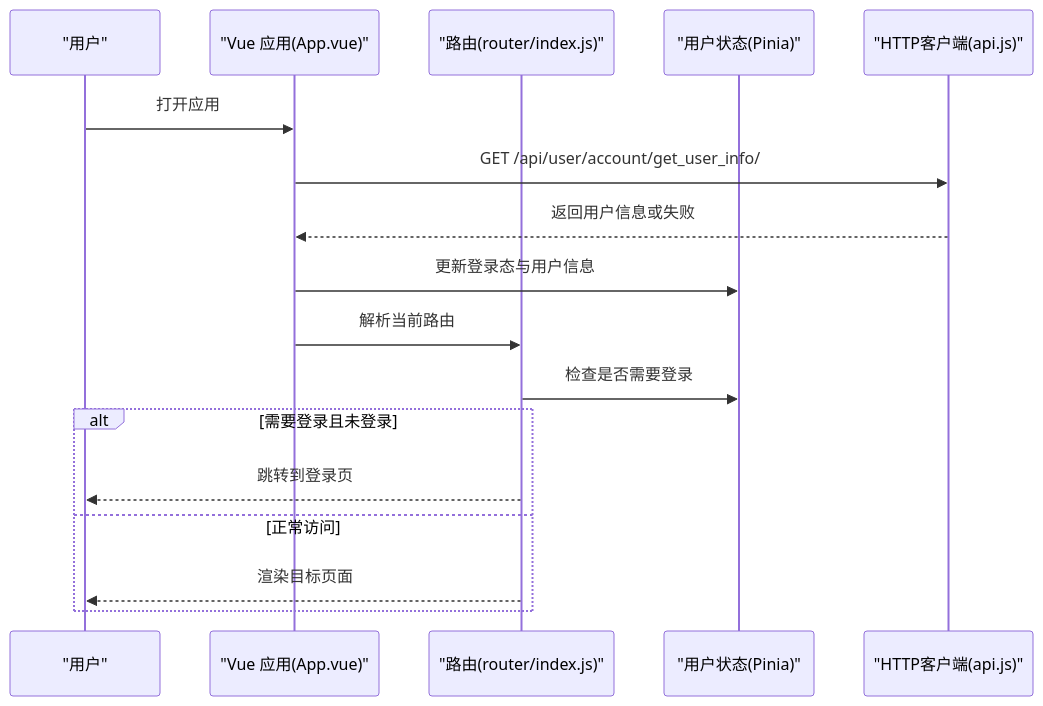
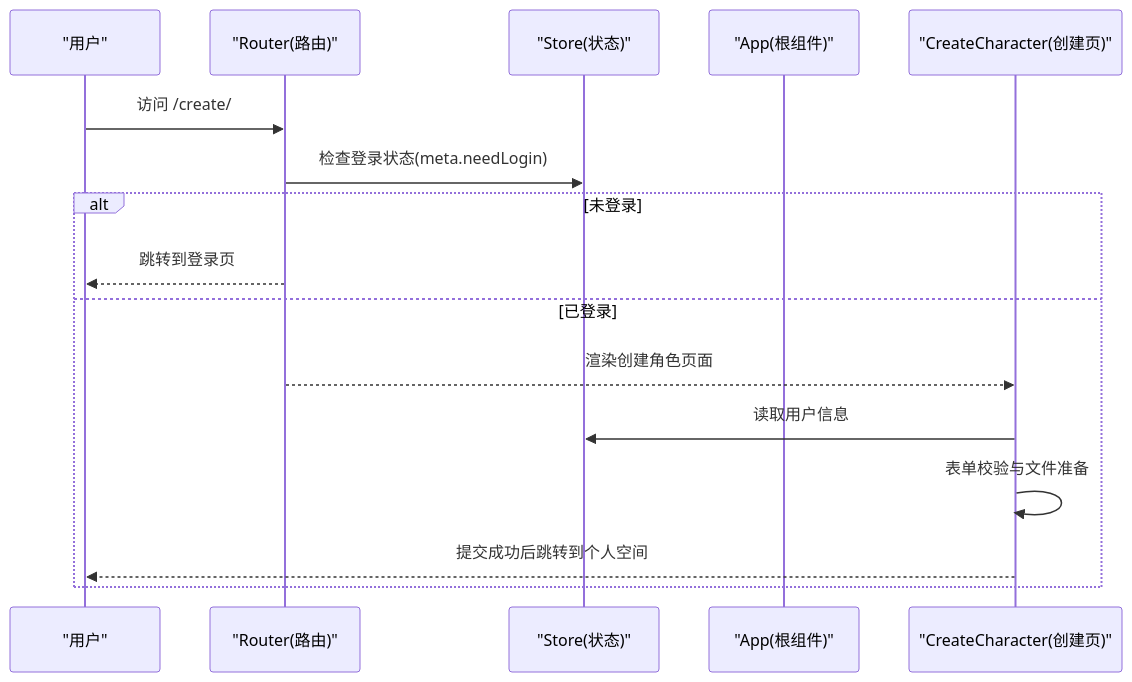
Before and after one commit to Blaipchi/LLM_AIfriends: the third of 7 diagrams in .qoder/repowiki/zh/content/项目概述.md, drawn with Mermaid. The commit also changed other lines of this file and 89 other files, not shown here.

````diff
--- a/.qoder/repowiki/zh/content/项目概述.md
+++ b/.qoder/repowiki/zh/content/项目概述.md
@@ -143,19 +192,18 @@
 ```mermaid
 sequenceDiagram
 participant U as "用户"
-participant V as "Vue 应用(App.vue)"
-participant R as "路由(router/index.js)"
-participant S as "用户状态(Pinia)"
-participant A as "HTTP客户端(api.js)"
-U->>V : 打开应用
-V->>A : GET /api/user/account/get_user_info/
-A-->>V : 返回用户信息或失败
-V->>S : 更新登录态与用户信息
-V->>R : 解析当前路由
-R->>S : 检查是否需要登录
-alt 需要登录且未登录
+participant R as "Router(路由)"
+participant S as "Store(状态)"
+participant A as "App(根组件)"
+participant C as "CreateCharacter(创建页)"
+U->>R : 访问 /create/
+R->>S : 检查登录状态(meta.needLogin)
+alt 未登录
 R-->>U : 跳转到登录页
-else 正常访问
-R-->>U : 渲染目标页面
+else 已登录
+R-->>C : 渲染创建角色页面
+C->>S : 读取用户信息
+C->>C : 表单校验与文件准备
+C-->>U : 提交成功后跳转到个人空间
 end
 ```
````
